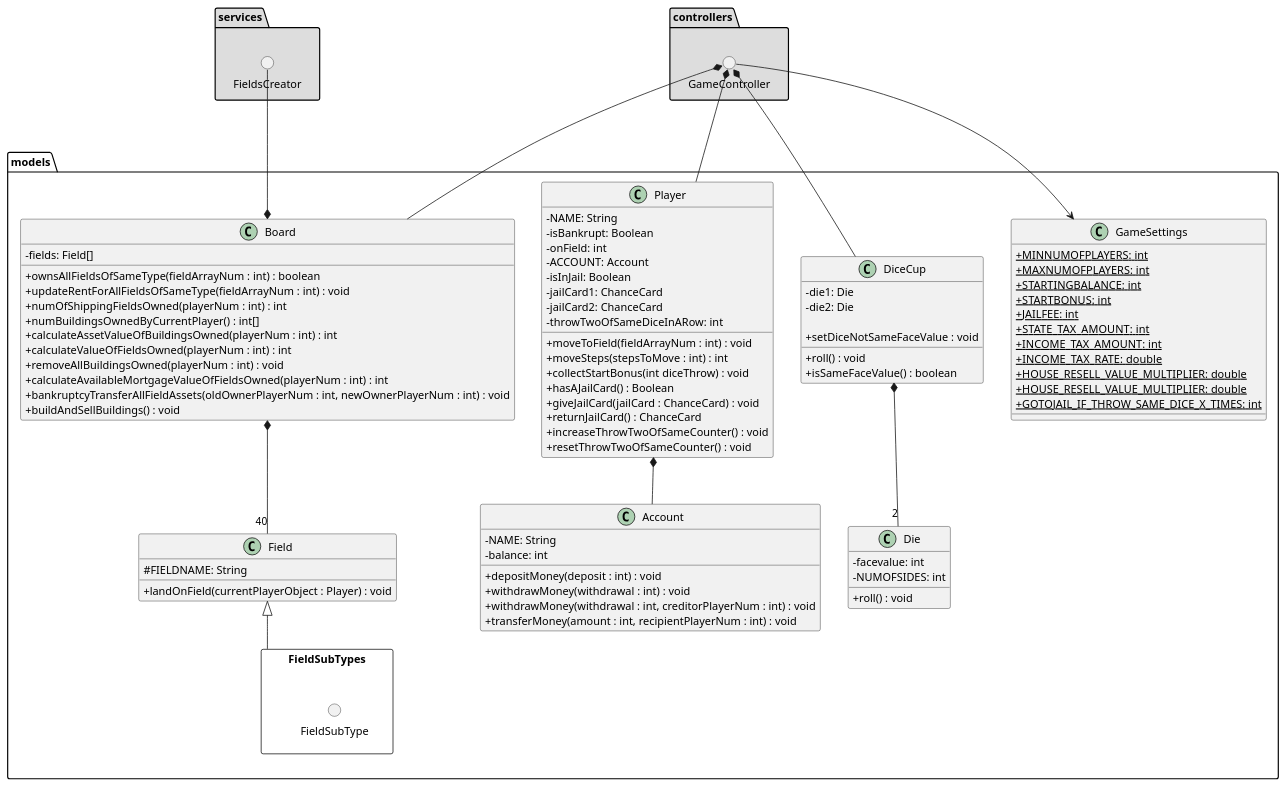
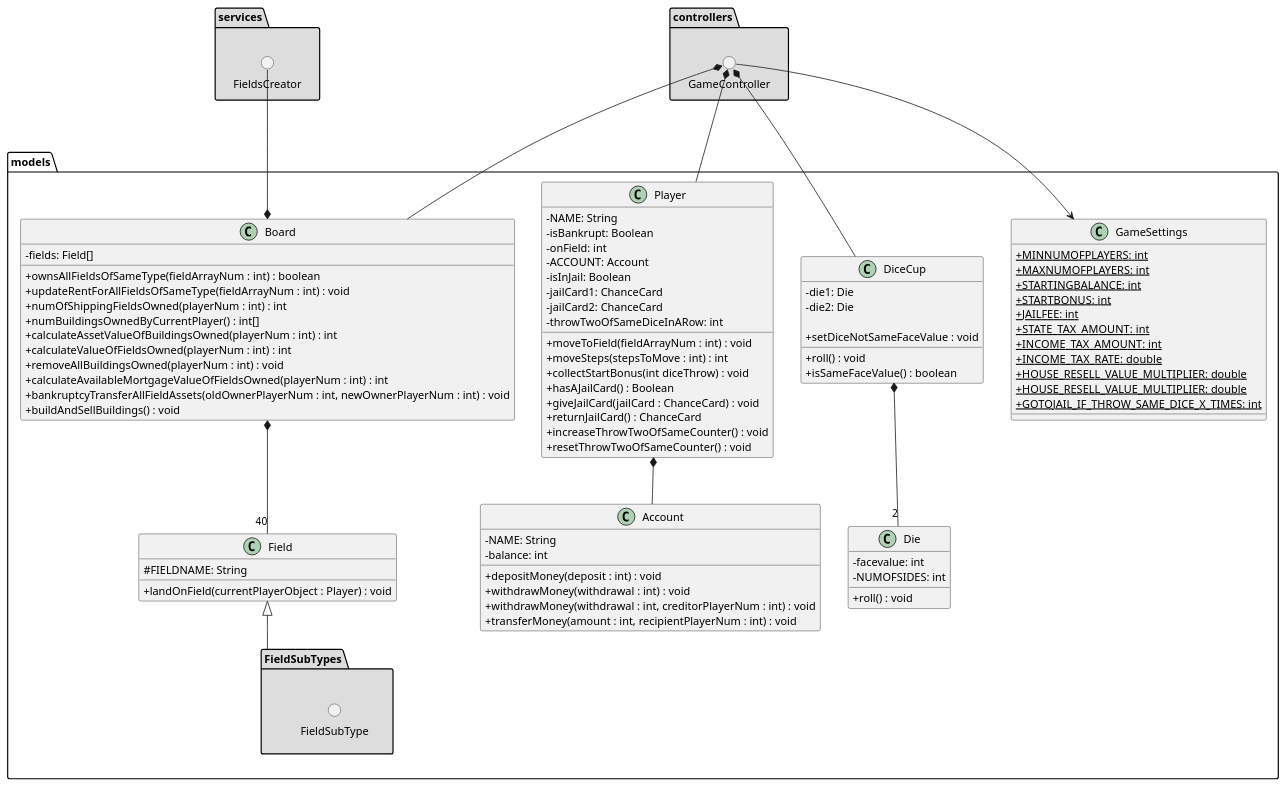
One commit to GabeKierk889/gruppe-18 changed the diagram in 18_final/UML/DesignClassDiagram/Package Models.puml. Above: the diagram before and after it, drawn with PlantUML. The commit also changed 2 other files, not shown here.

Commit message:
fieldsubtypes packaging in diagrams

```diff
--- a/18_final/UML/DesignClassDiagram/Package Models.puml
+++ b/18_final/UML/DesignClassDiagram/Package Models.puml
@@ -1,120 +1,120 @@
 @startuml
 'https://plantuml.com/class-diagram
 skinparam classAttributeIconSize 0
 'skinparam ParticipantPadding 30
 
 
 package  services #DDDDDD {
 () FieldsCreator
 }
 
 package  controllers #DDDDDD {
 () GameController
 }
 
 package models {
 
 class GameSettings {
     {static}+MINNUMOFPLAYERS: int
     {static}+MAXNUMOFPLAYERS: int
     {static}+STARTINGBALANCE: int
     {static}+STARTBONUS: int
     {static}+JAILFEE: int
     {static}+STATE_TAX_AMOUNT: int
     {static}+INCOME_TAX_AMOUNT: int
     {static}+INCOME_TAX_RATE: double
     {static}+HOUSE_RESELL_VALUE_MULTIPLIER: double
     {static}+HOUSE_RESELL_VALUE_MULTIPLIER: double
     {static}+GOTOJAIL_IF_THROW_SAME_DICE_X_TIMES: int
 
 }
 
 class Board {
     -fields: Field[]
 
     +ownsAllFieldsOfSameType(fieldArrayNum : int) : boolean
     +updateRentForAllFieldsOfSameType(fieldArrayNum : int) : void
     +numOfShippingFieldsOwned(playerNum : int) : int
     +numBuildingsOwnedByCurrentPlayer() : int[]
     +calculateAssetValueOfBuildingsOwned(playerNum : int) : int
     +calculateValueOfFieldsOwned(playerNum : int) : int
     +removeAllBuildingsOwned(playerNum : int) : void
     +calculateAvailableMortgageValueOfFieldsOwned(playerNum : int) : int
     +bankruptcyTransferAllFieldAssets(oldOwnerPlayerNum : int, newOwnerPlayerNum : int) : void
     +buildAndSellBuildings() : void
 }
 
 class Player {
     -NAME: String
     -isBankrupt: Boolean
     -onField: int
     -ACCOUNT: Account
     -isInJail: Boolean
     -jailCard1: ChanceCard
     -jailCard2: ChanceCard
     -throwTwoOfSameDiceInARow: int
 
     +moveToField(fieldArrayNum : int) : void
     +moveSteps(stepsToMove : int) : int
     +collectStartBonus(int diceThrow) : void
     +hasAJailCard() : Boolean
     +giveJailCard(jailCard : ChanceCard) : void
     +returnJailCard() : ChanceCard
     +increaseThrowTwoOfSameCounter() : void
     +resetThrowTwoOfSameCounter() : void
 }
 
 
 class Field {
     #FIELDNAME: String
 
     +landOnField(currentPlayerObject : Player) : void
 }
 
 class Account {
     -NAME: String
     -balance: int
 
     +depositMoney(deposit : int) : void
     +withdrawMoney(withdrawal : int) : void
     +withdrawMoney(withdrawal : int, creditorPlayerNum : int) : void
     +transferMoney(amount : int, recipientPlayerNum : int) : void
 }
 
 class DiceCup {
     -die1: Die
     -die2: Die
 
     +roll() : void
     +isSameFaceValue() : boolean
     +setDiceNotSameFaceValue : void
 }
 
 class Die {
     -facevalue: int
     -NUMOFSIDES: int
 
     +roll() : void
 }
 
-package FieldSubTypes <<Rectangle>> {
+package FieldSubTypes #DDDDDD {
 
 () FieldSubType
 
 }
 
 }
 
 
 FieldsCreator ---* Board
 Board *-- "40" Field
 GameController *-- Board
 GameController *--- DiceCup
 GameController *-- Player
 Player *-- Account
 GameController --> GameSettings
 Field <|-- FieldSubTypes
 DiceCup *-- "2" Die
 
 
 @enduml
```
